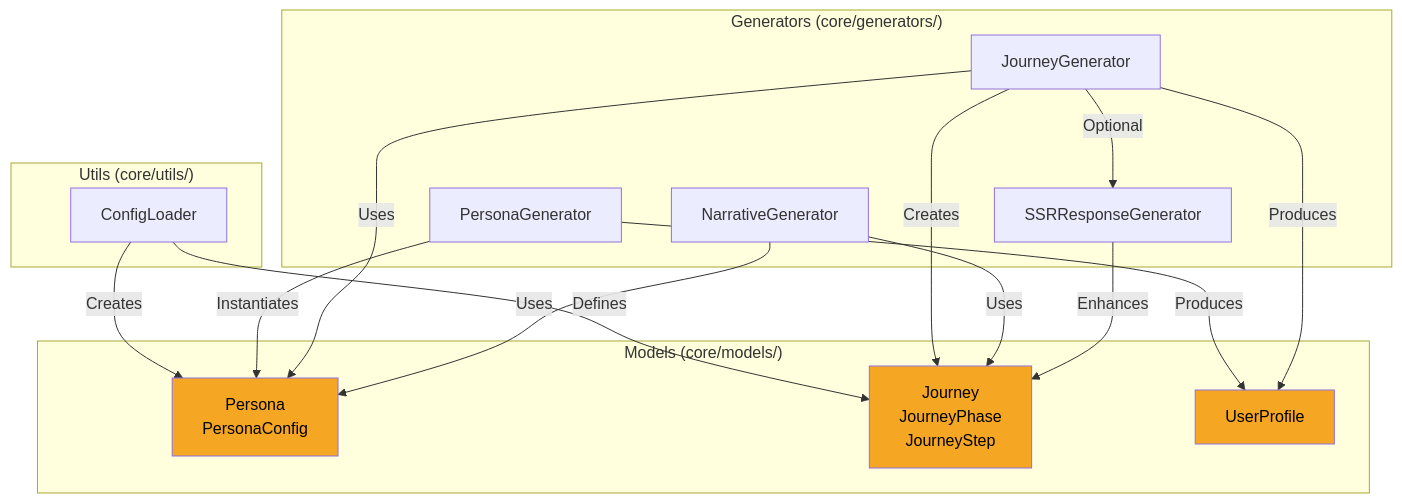
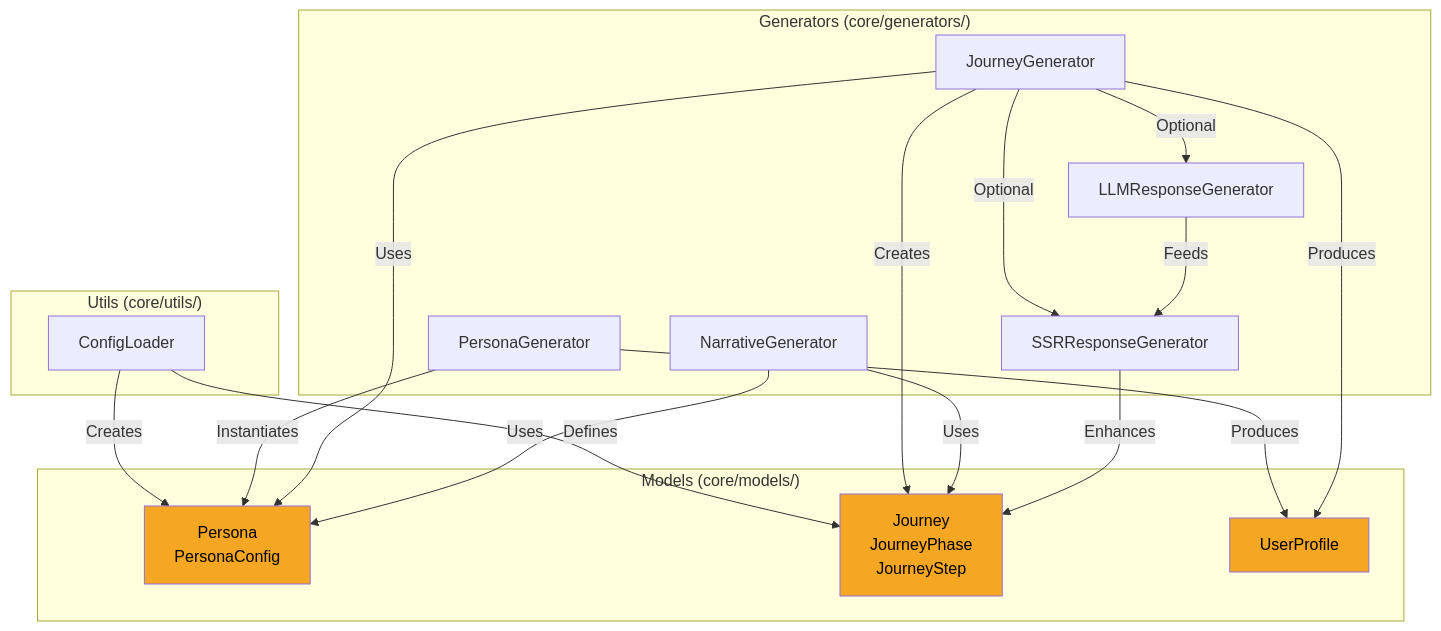
One commit to Szermer/synth changed the third of 6 diagrams in docs/architecture/C4_ARCHITECTURE.md. Above: the diagram before and after it, drawn with Mermaid. The commit also changed other lines of this file and 15 other files, not shown here.

````diff
--- a/docs/architecture/C4_ARCHITECTURE.md
+++ b/docs/architecture/C4_ARCHITECTURE.md
@@ -106,35 +106,38 @@
 ```mermaid
 graph TB
     subgraph "Models (core/models/)"
         Persona[Persona<br/>PersonaConfig]
         Journey[Journey<br/>JourneyPhase<br/>JourneyStep]
         UserProfile[UserProfile]
     end
 
     subgraph "Generators (core/generators/)"
         PersonaGen[PersonaGenerator]
         JourneyGen[JourneyGenerator]
         NarrativeGen[NarrativeGenerator]
         SSRGen[SSRResponseGenerator]
+        LLMGen[LLMResponseGenerator]
     end
 
     subgraph "Utils (core/utils/)"
         ConfigLoader[ConfigLoader]
     end
 
     ConfigLoader -->|"Creates"| Persona
     ConfigLoader -->|"Defines"| Journey
     PersonaGen -->|"Instantiates"| Persona
     JourneyGen -->|"Creates"| Journey
     JourneyGen -->|"Uses"| Persona
     JourneyGen -->|"Optional"| SSRGen
+    JourneyGen -->|"Optional"| LLMGen
+    LLMGen -->|"Feeds"| SSRGen
     NarrativeGen -->|"Uses"| Persona
     NarrativeGen -->|"Uses"| Journey
     SSRGen -->|"Enhances"| Journey
     PersonaGen -->|"Produces"| UserProfile
     JourneyGen -->|"Produces"| UserProfile
 
     style Persona fill:#F5A623,color:#000
     style Journey fill:#F5A623,color:#000
     style UserProfile fill:#F5A623,color:#000
 ```
````
